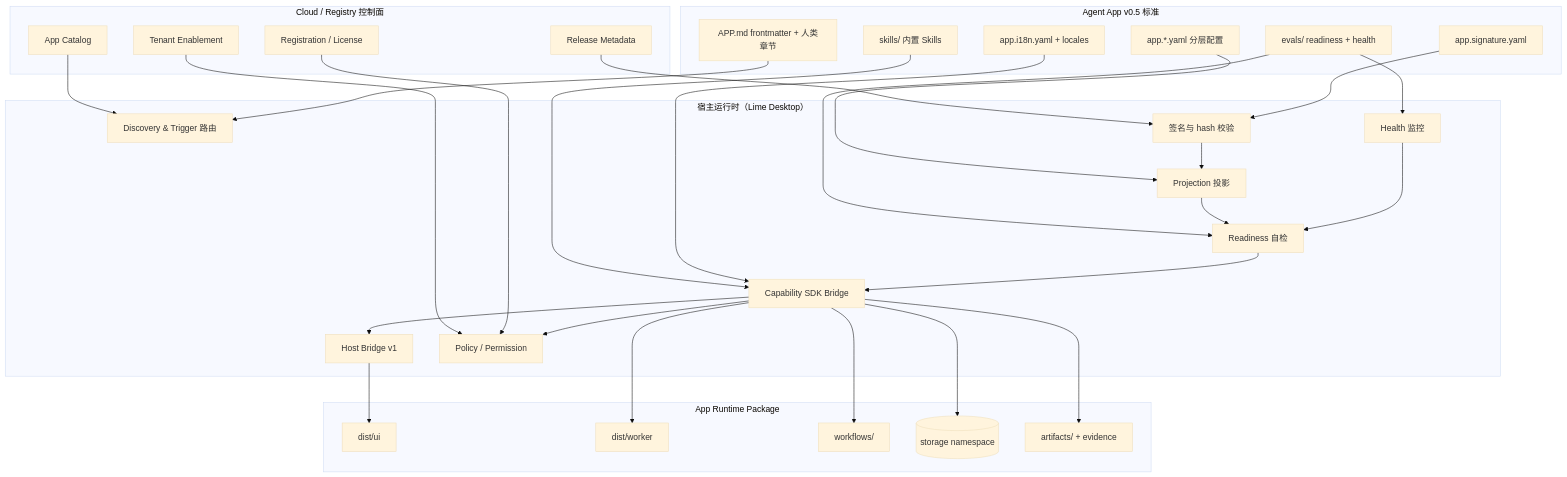
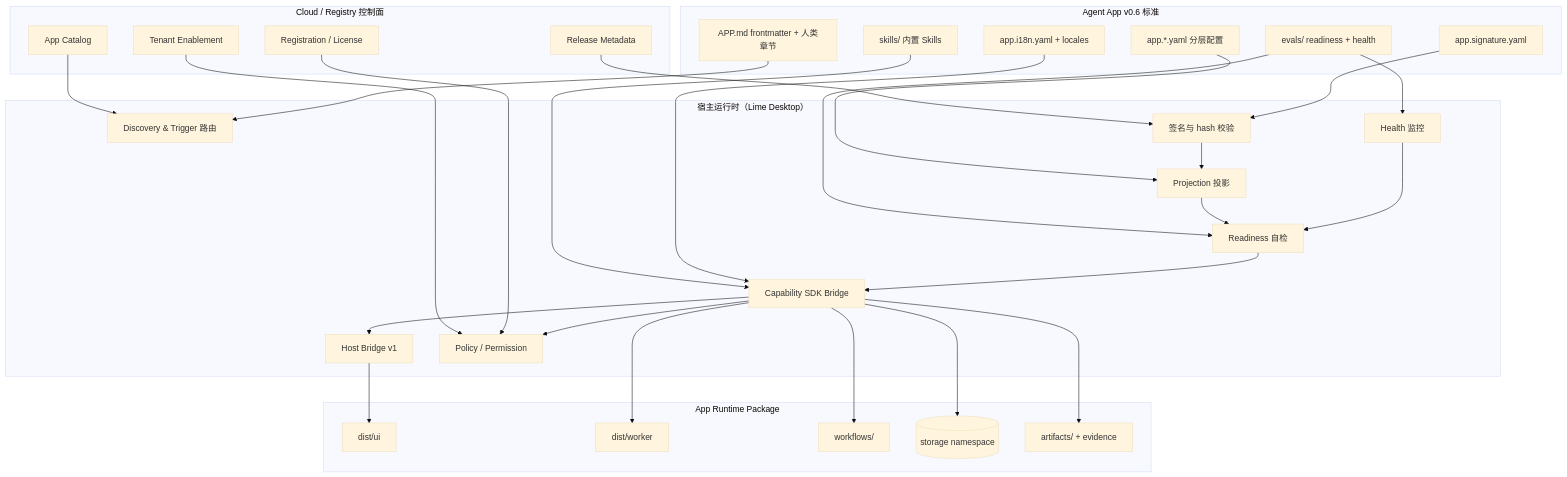
The first of 8 diagrams in docs/zh/architecture.md (limecloud/agentapp), drawn with Mermaid (base theme) before and after one commit. The commit also changed other lines of this file and 46 other files, not shown here.

````diff
--- a/docs/zh/architecture.md
+++ b/docs/zh/architecture.md
@@ -14,62 +14,62 @@
 ```mermaid
 flowchart TD
   subgraph Cloud[Cloud / Registry 控制面]
     Catalog[App Catalog]
     Release[Release Metadata]
     Tenant[Tenant Enablement]
     Reg[Registration / License]
   end
 
-  subgraph Standard[Agent App v0.5 标准]
+  subgraph Standard[Agent App v0.6 标准]
     APPMD[APP.md frontmatter + 人类章节]
     LAYERED[app.*.yaml 分层配置]
     SKILLS[skills/ 内置 Skills]
     EVALS[evals/ readiness + health]
     SIG[app.signature.yaml]
     I18N[app.i18n.yaml + locales]
   end
 
   subgraph Host[宿主运行时（Lime Desktop）]
     Discover[Discovery & Trigger 路由]
     Verify[签名与 hash 校验]
     Project[Projection 投影]
     Readiness[Readiness 自检]
     SDK[Capability SDK Bridge]
     Bridge[Host Bridge v1]
     Policy[Policy / Permission]
     Health[Health 监控]
   end
 
   subgraph Runtime[App Runtime Package]
     UI[dist/ui]
     Worker[dist/worker]
     Workflow[workflows/]
     Storage[(storage namespace)]
     Artifacts[artifacts/ + evidence]
   end
 
   Catalog --> Discover
   Release --> Verify
   Tenant --> Policy
   Reg --> Policy
 
   APPMD --> Discover
   LAYERED --> Project
   SKILLS --> SDK
   EVALS --> Readiness
   EVALS --> Health
   SIG --> Verify
   I18N --> SDK
 
   Verify --> Project
   Project --> Readiness
   Readiness --> SDK
   SDK --> Bridge
   SDK --> Policy
   Bridge --> UI
   SDK --> Worker
   SDK --> Workflow
   SDK --> Storage
   SDK --> Artifacts
   Health --> Readiness
 ```
````
